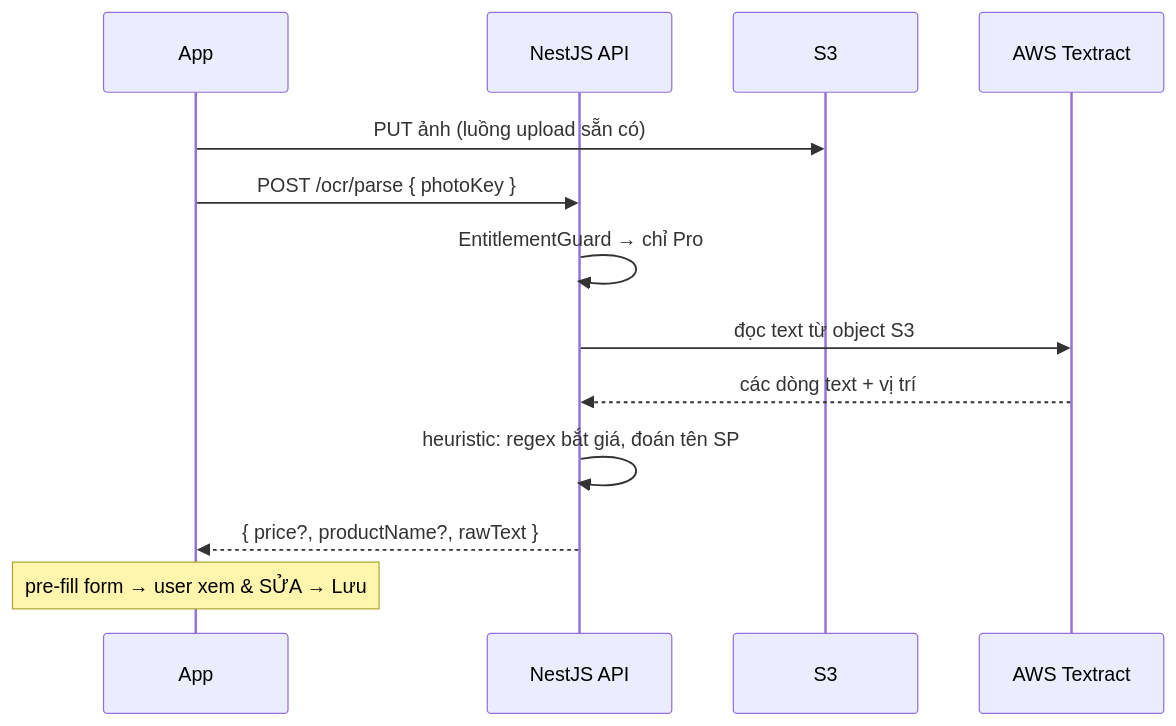
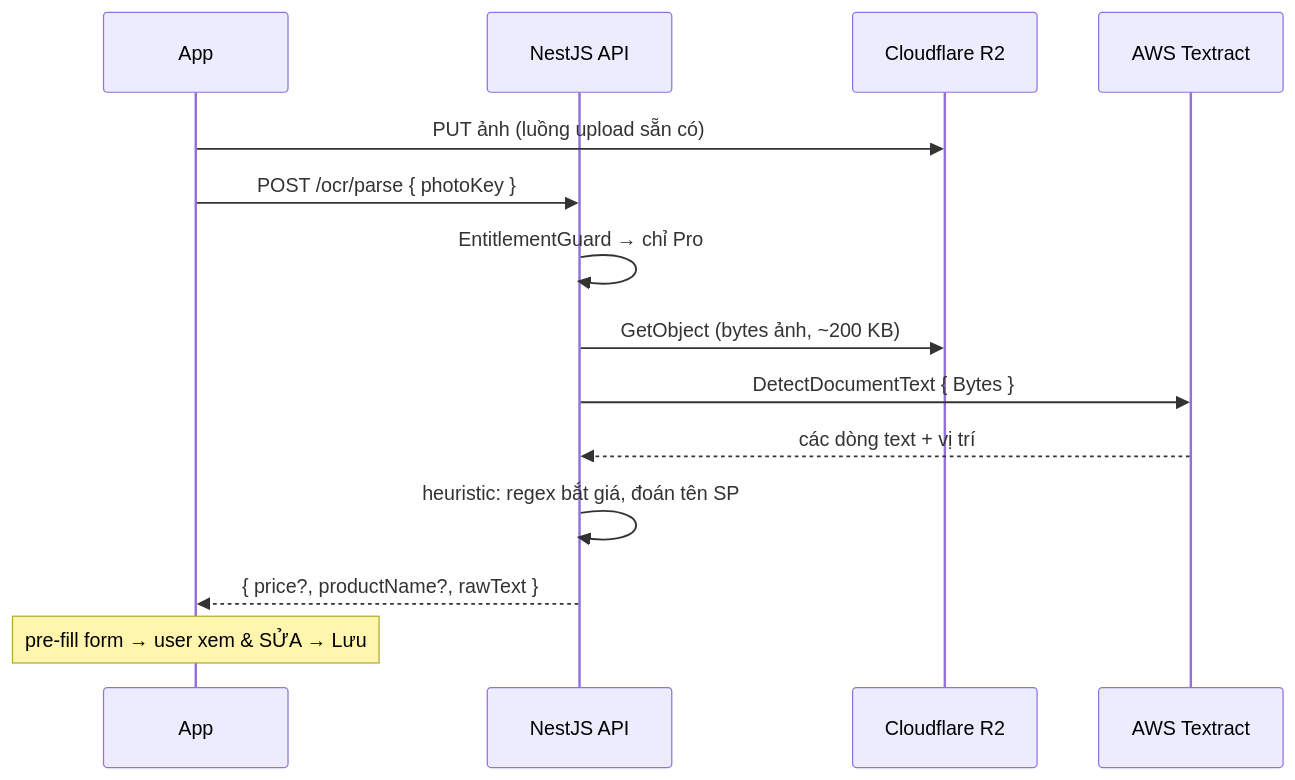
One commit to truongpnhattien0299/price-tracker changed diagram 11 of 11 in DESIGN.md. Above: the diagram before and after it, drawn with Mermaid. The commit also changed other lines of this file and 3 other files, not shown here.

````diff
--- a/DESIGN.md
+++ b/DESIGN.md
@@ -618,16 +618,17 @@
 ```mermaid
 sequenceDiagram
     participant App
     participant API as NestJS API
-    participant S3
+    participant S3 as Cloudflare R2
     participant TX as AWS Textract
 
     App->>S3: PUT ảnh (luồng upload sẵn có)
     App->>API: POST /ocr/parse { photoKey }
     API->>API: EntitlementGuard → chỉ Pro
-    API->>TX: đọc text từ object S3
+    API->>S3: GetObject (bytes ảnh, ~200 KB)
+    API->>TX: DetectDocumentText { Bytes }
     TX-->>API: các dòng text + vị trí
     API->>API: heuristic: regex bắt giá, đoán tên SP
     API-->>App: { price?, productName?, rawText }
     Note over App: pre-fill form → user xem & SỬA → Lưu
 ```
````
